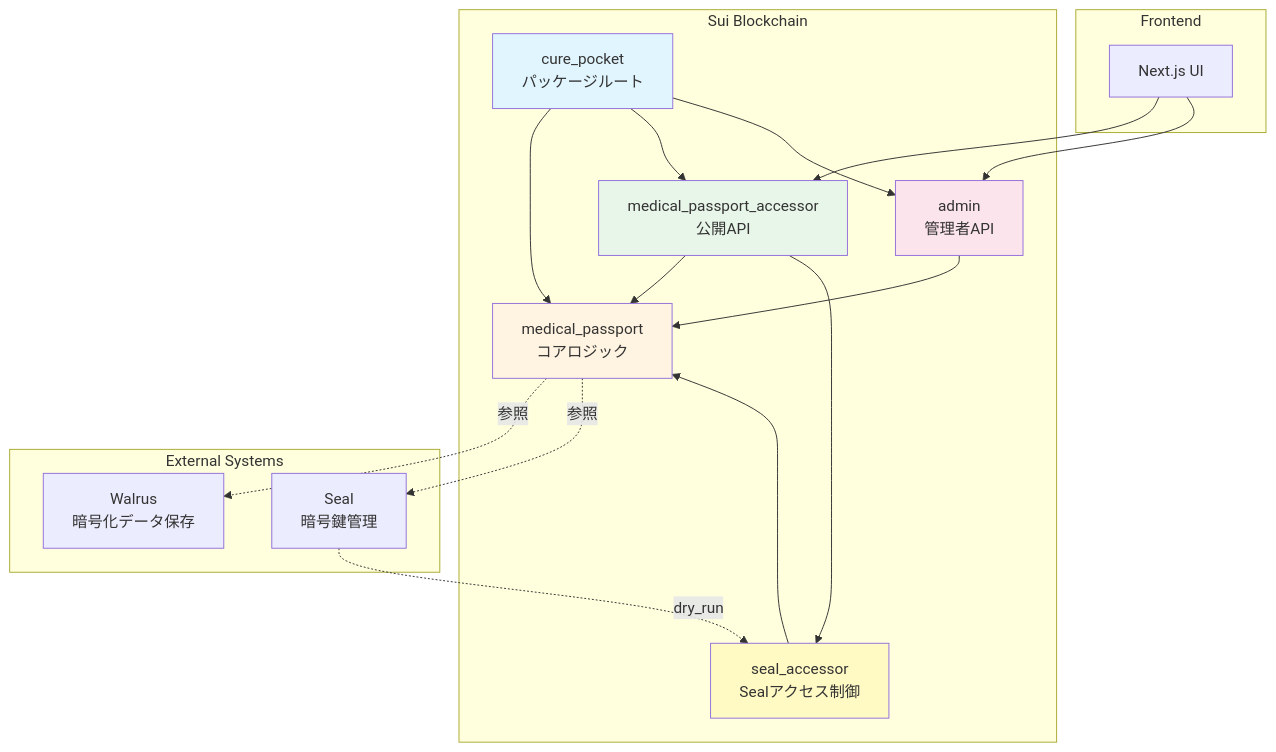
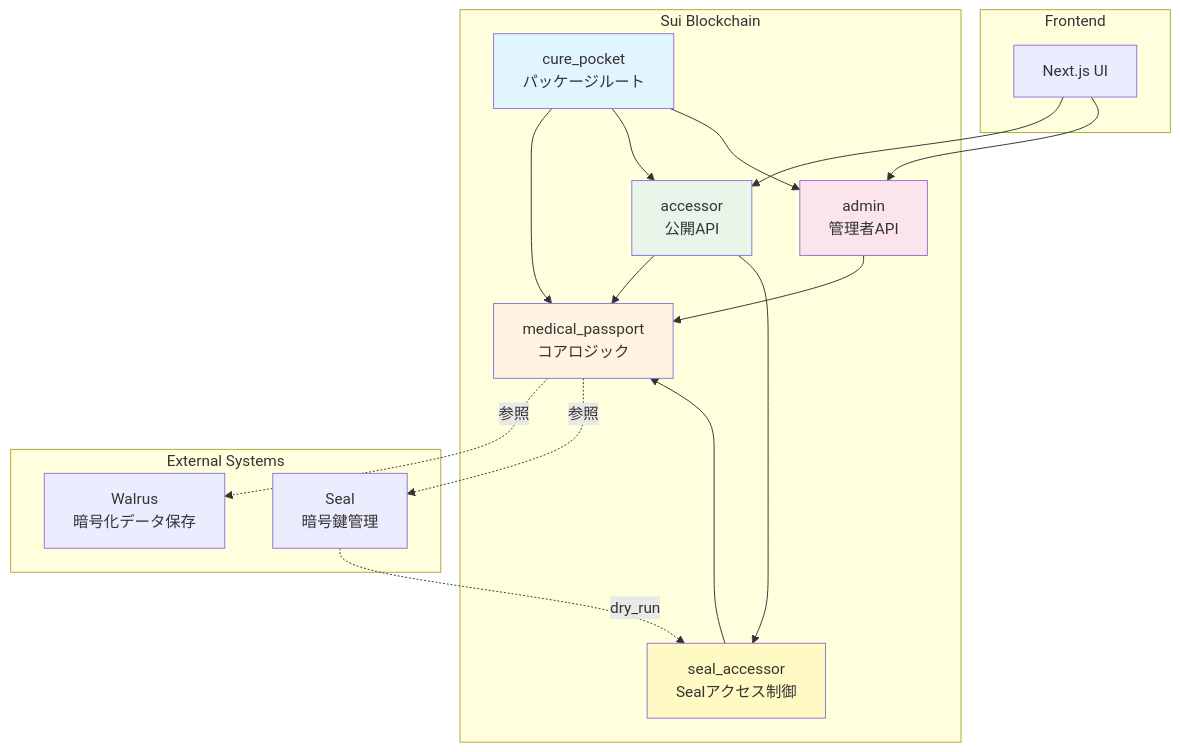
The first of 6 diagrams in docs/contract.md (UnagiLabs/cure_pocket), drawn with Mermaid before and after one commit. The commit also changed other lines of this file and 7 other files, not shown here.

````diff
--- a/docs/contract.md
+++ b/docs/contract.md
@@ -56,38 +56,38 @@
 ```mermaid
 graph TB
     subgraph "Sui Blockchain"
         CP[cure_pocket<br/>パッケージルート]
         MP[medical_passport<br/>コアロジック]
-        ACC[medical_passport_accessor<br/>公開API]
+        ACC[accessor<br/>公開API]
         ADM[admin<br/>管理者API]
         SEAL_ACC[seal_accessor<br/>Sealアクセス制御]
     end
 
     subgraph "External Systems"
         WALRUS[Walrus<br/>暗号化データ保存]
         SEAL[Seal<br/>暗号鍵管理]
     end
 
     subgraph "Frontend"
         UI[Next.js UI]
     end
 
     CP --> MP
     CP --> ACC
     CP --> ADM
     ACC --> MP
     ACC --> SEAL_ACC
     ADM --> MP
     SEAL_ACC --> MP
     UI --> ACC
     UI --> ADM
     SEAL -.dry_run.-> SEAL_ACC
     MP -.参照.-> WALRUS
     MP -.参照.-> SEAL
 
     style CP fill:#e1f5ff
     style MP fill:#fff4e1
     style ACC fill:#e8f5e9
     style ADM fill:#fce4ec
     style SEAL_ACC fill:#fff9c4
 ```
````
